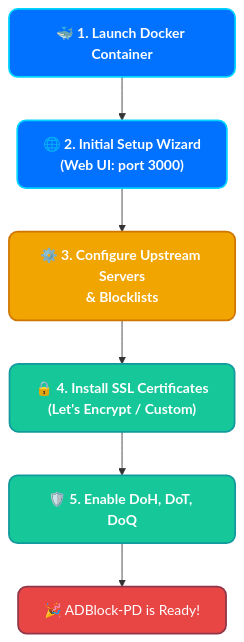
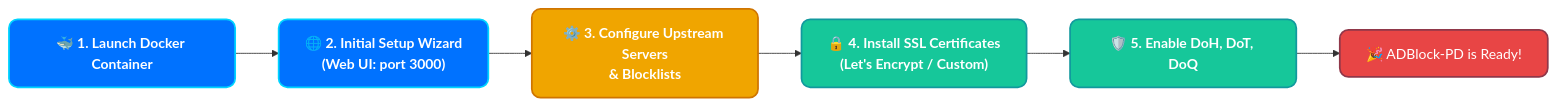
The diagram in INSTRUCTIONS_INSTALL_ENG.md (weby-homelab/adblock-pd), drawn with Mermaid before and after one commit.

````diff
--- a/INSTRUCTIONS_INSTALL_ENG.md
+++ b/INSTRUCTIONS_INSTALL_ENG.md
@@ -9,20 +9,20 @@
 ```mermaid
-flowchart TD
+flowchart LR
     classDef step fill:#0072ff,stroke:#00d4ff,stroke-width:2px,color:#fff,font-weight:bold,rx:10,ry:10;
     classDef config fill:#f0a500,stroke:#cf7500,stroke-width:2px,color:#fff,font-weight:bold,rx:10,ry:10;
     classDef ssl fill:#16c79a,stroke:#11999e,stroke-width:2px,color:#fff,font-weight:bold,rx:10,ry:10;
     classDef done fill:#e84545,stroke:#903749,stroke-width:2px,color:#fff,rx:10,ry:10;
 
     A["🐳 1. Launch Docker Container"]:::step
     B["🌐 2. Initial Setup Wizard<br>(Web UI: port 3000)"]:::step
     C["⚙️ 3. Configure Upstream Servers<br>& Blocklists"]:::config
     D["🔒 4. Install SSL Certificates<br>(Let's Encrypt / Custom)"]:::ssl
     E["🛡️ 5. Enable DoH, DoT, DoQ"]:::ssl
     F["🎉 ADBlock-PD is Ready!"]:::done
 
     A --> B
     B --> C
     C --> D
     D --> E
     E --> F
 ```
````
